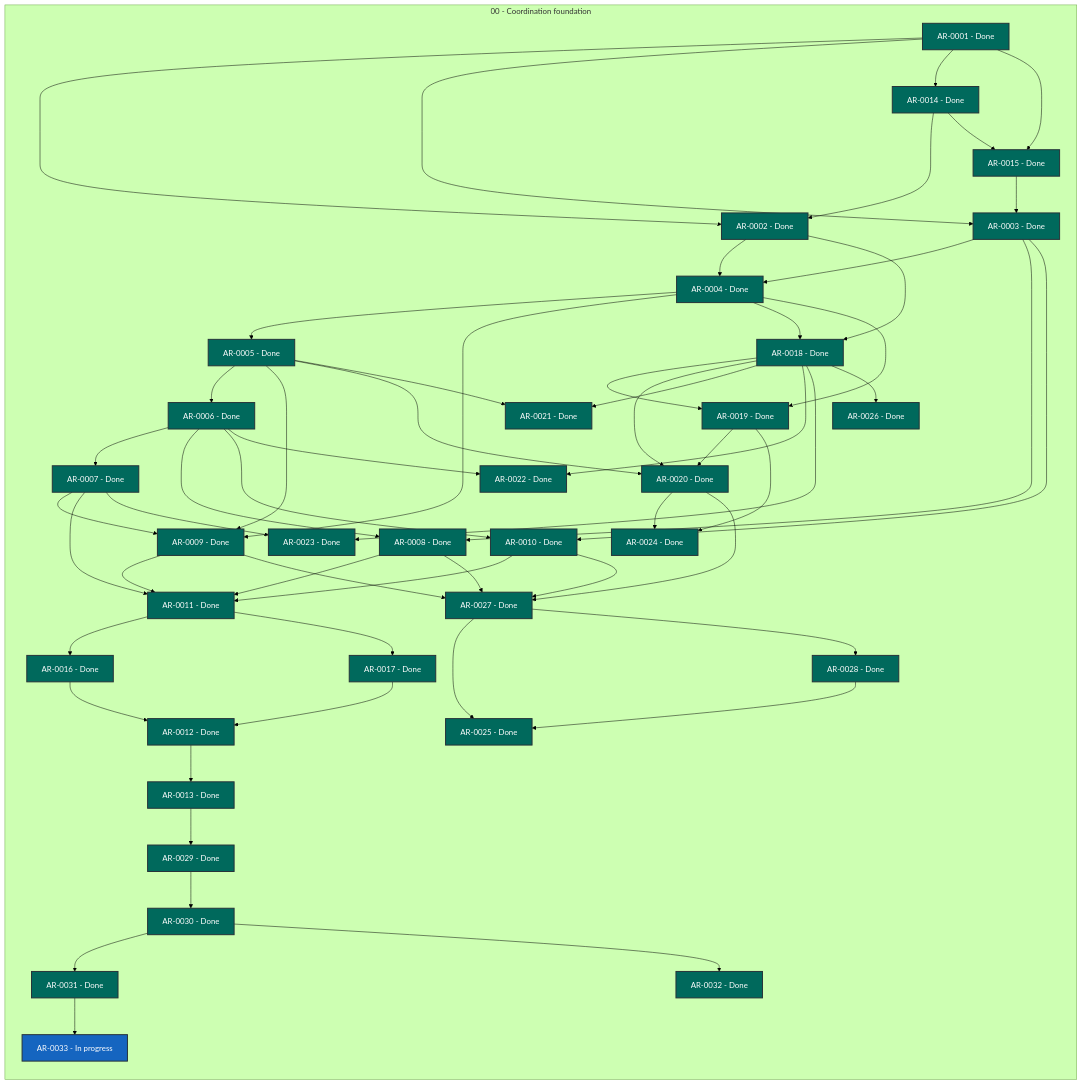
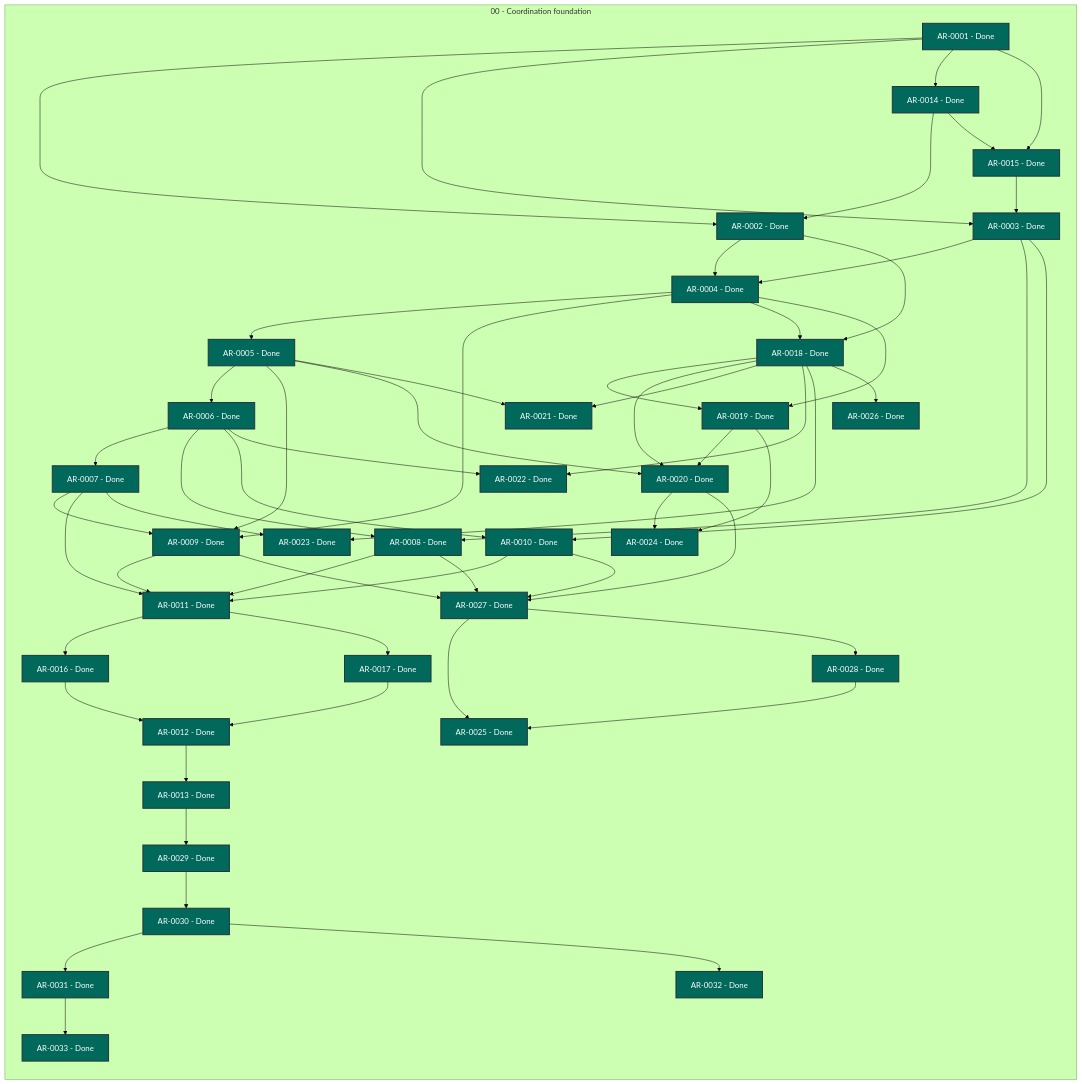
Before and after one commit to martin-beck/agent-workflow-tui-state: the diagram in STATUS.md, drawn with Mermaid (forest theme). The commit also changed other lines of this file and 2 other files, not shown here.

```diff
--- a/STATUS.md
+++ b/STATUS.md
@@ -60,7 +60,7 @@
         AR_0030["AR-0030 - Done"]:::status_done
         AR_0031["AR-0031 - Done"]:::status_done
         AR_0032["AR-0032 - Done"]:::status_done
-        AR_0033["AR-0033 - In progress"]:::status_in_progress
+        AR_0033["AR-0033 - Done"]:::status_done
     end
     AR_0001 --> AR_0002
     AR_0001 --> AR_0003
```
